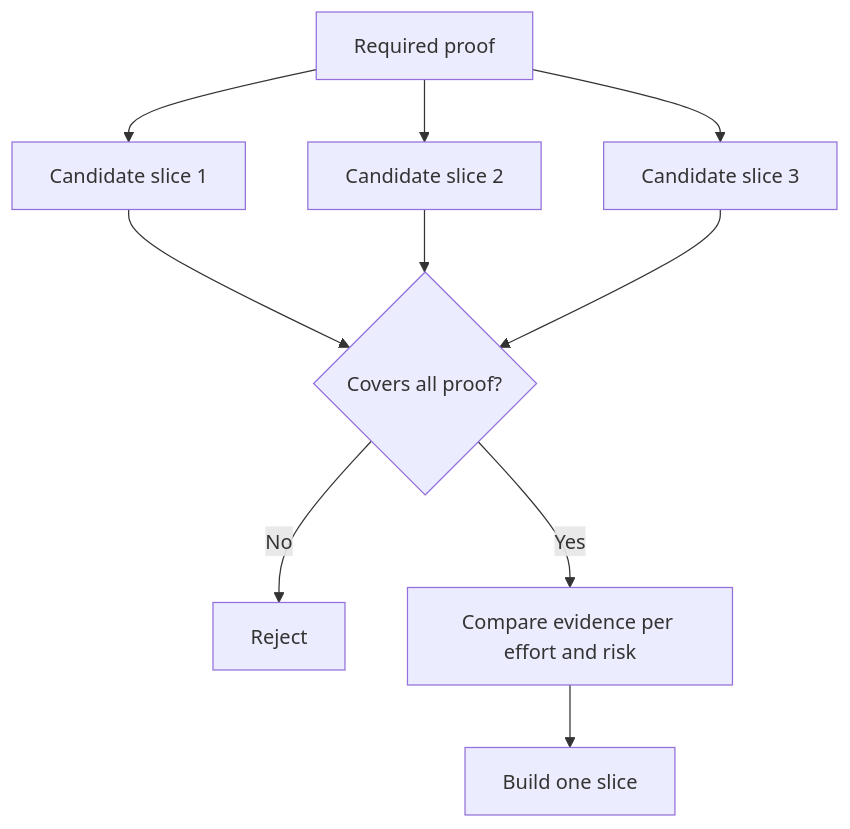
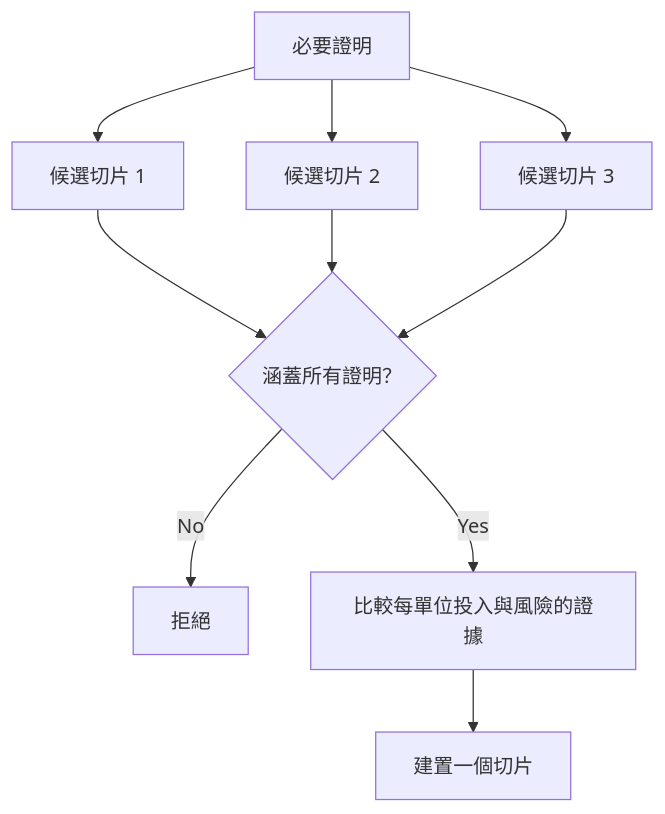
One commit to edward821220/ai-engineering-from-scratch changed the diagram in i18n/zh-TW/phases/14-agent-engineering/50-choose-the-smallest-testable-slice/docs/zh-TW.md. Above: the diagram before and after it, drawn with Mermaid. The commit also changed other lines of this file and 43 other files, not shown here.

````diff
--- a/i18n/zh-TW/phases/14-agent-engineering/50-choose-the-smallest-testable-slice/docs/zh-TW.md
+++ b/i18n/zh-TW/phases/14-agent-engineering/50-choose-the-smallest-testable-slice/docs/zh-TW.md
@@ -43,12 +43,12 @@
 ```mermaid
 flowchart TD
-  R[Required proof] --> C1[Candidate slice 1]
-  R --> C2[Candidate slice 2]
-  R --> C3[Candidate slice 3]
-  C1 --> G{Covers all proof?}
+  R[必要證明] --> C1[候選切片 1]
+  R --> C2[候選切片 2]
+  R --> C3[候選切片 3]
+  C1 --> G{涵蓋所有證明？}
   C2 --> G
   C3 --> G
-  G -->|No| X[Reject]
-  G -->|Yes| S[Compare evidence per effort and risk]
-  S --> B[Build one slice]
+  G -->|No| X[拒絕]
+  G -->|Yes| S[比較每單位投入與風險的證據]
+  S --> B[建置一個切片]
 ```
````
